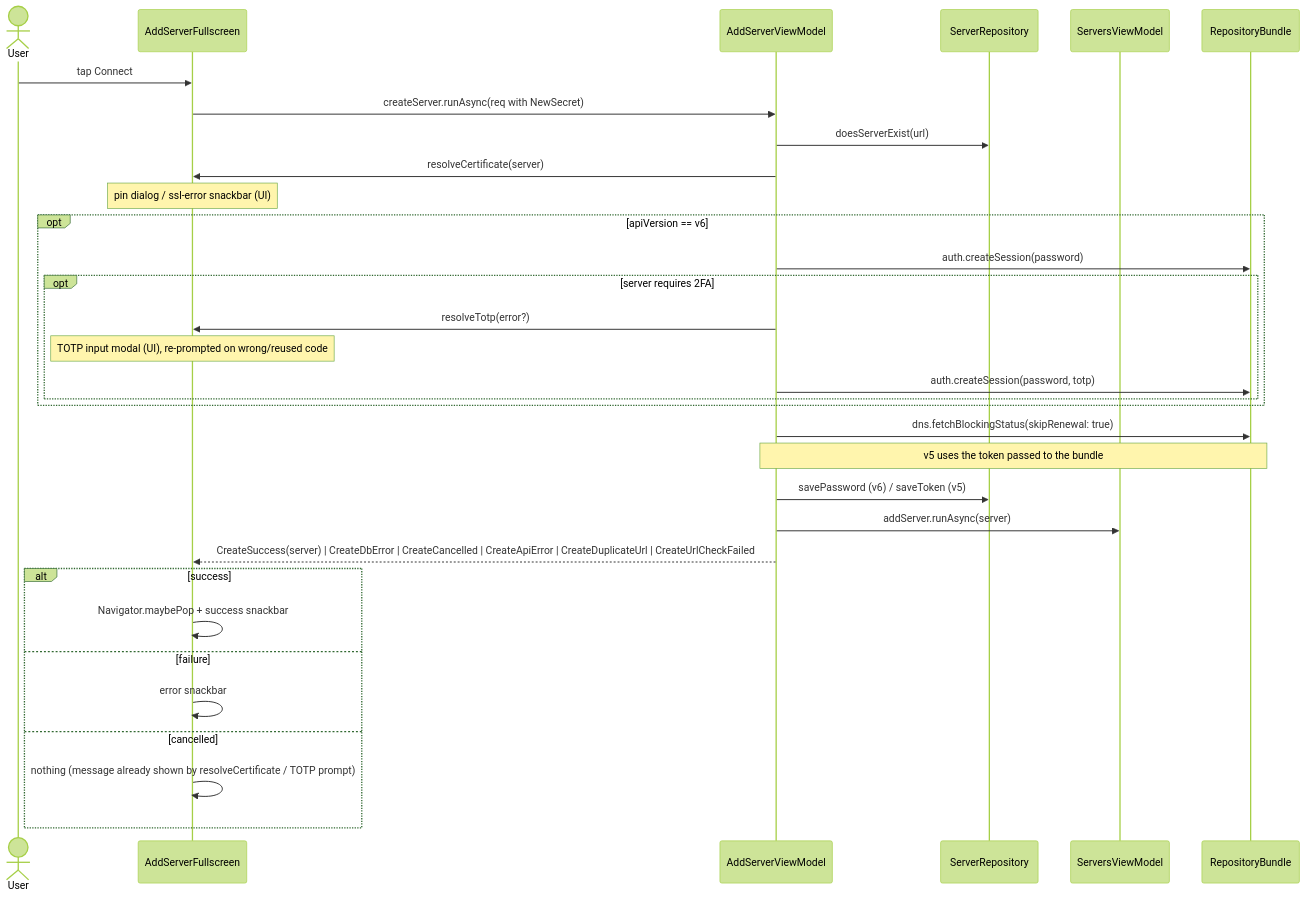
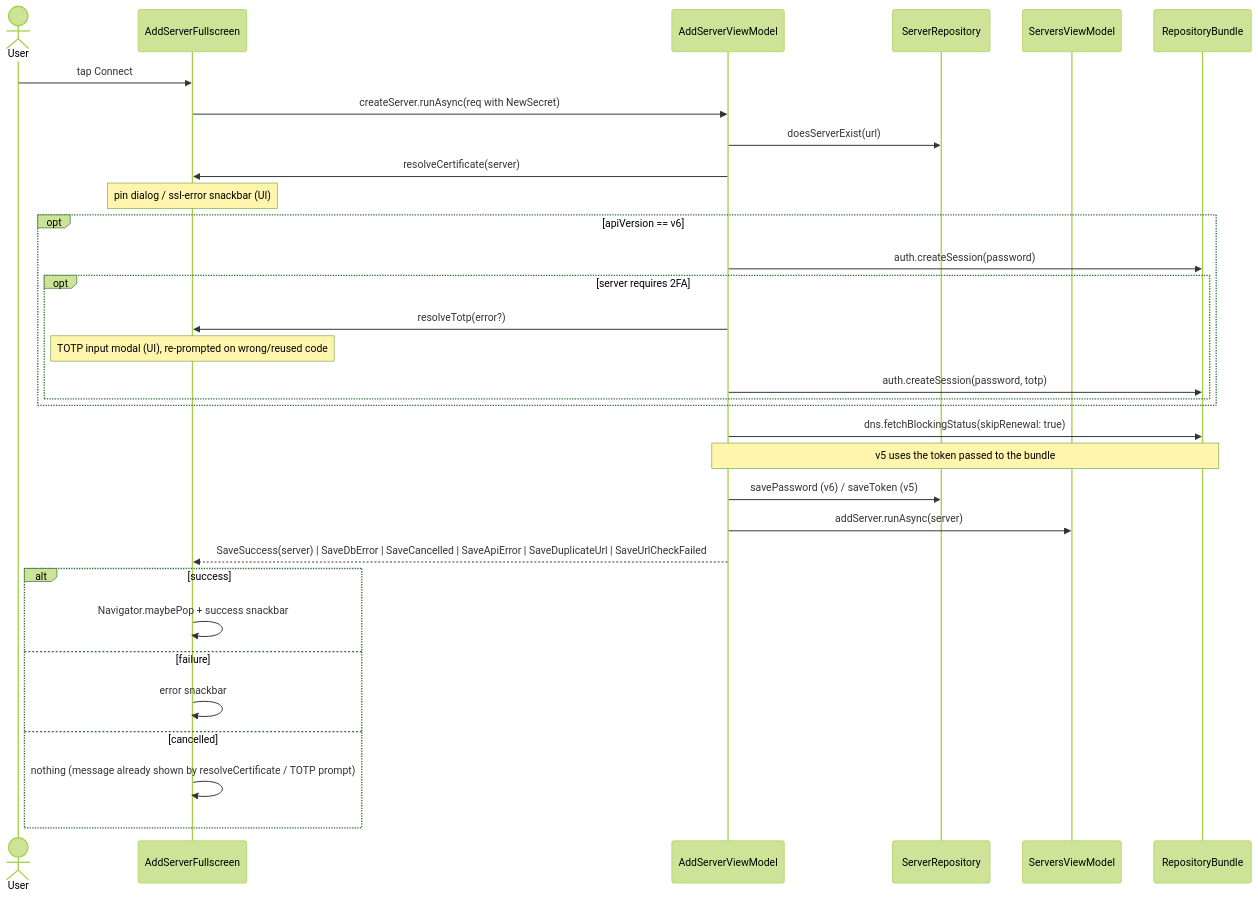
Before and after one commit to tsutsu3/pi-hole-client: the seventh of 8 diagrams in docs/server-connection-flow.md, drawn with Mermaid (forest theme). The commit also changed other lines of this file and 3 other files, not shown here.

````diff
--- a/docs/server-connection-flow.md
+++ b/docs/server-connection-flow.md
@@ -271,35 +271,35 @@
 ```mermaid
 sequenceDiagram
   actor U as User
   participant W as AddServerFullscreen
   participant VM as AddServerViewModel
   participant SR as ServerRepository
   participant SV as ServersViewModel
   participant B as RepositoryBundle
 
   U->>W: tap Connect
   W->>VM: createServer.runAsync(req with NewSecret)
   VM->>SR: doesServerExist(url)
   VM->>W: resolveCertificate(server)
   Note over W: pin dialog / ssl-error snackbar (UI)
   opt apiVersion == v6
     VM->>B: auth.createSession(password)
     opt server requires 2FA
       VM->>W: resolveTotp(error?)
       Note over W: TOTP input modal (UI), re-prompted on wrong/reused code
       VM->>B: auth.createSession(password, totp)
     end
   end
   VM->>B: dns.fetchBlockingStatus(skipRenewal: true)
   Note over VM,B: v5 uses the token passed to the bundle
   VM->>SR: savePassword (v6) / saveToken (v5)
   VM->>SV: addServer.runAsync(server)
-  VM-->>W: CreateSuccess(server) | CreateDbError | CreateCancelled | CreateApiError | CreateDuplicateUrl | CreateUrlCheckFailed
+  VM-->>W: SaveSuccess(server) | SaveDbError | SaveCancelled | SaveApiError | SaveDuplicateUrl | SaveUrlCheckFailed
   alt success
     W->>W: Navigator.maybePop + success snackbar
   else failure
     W->>W: error snackbar
   else cancelled
     W->>W: nothing (message already shown by resolveCertificate / TOTP prompt)
   end
 ```
````
